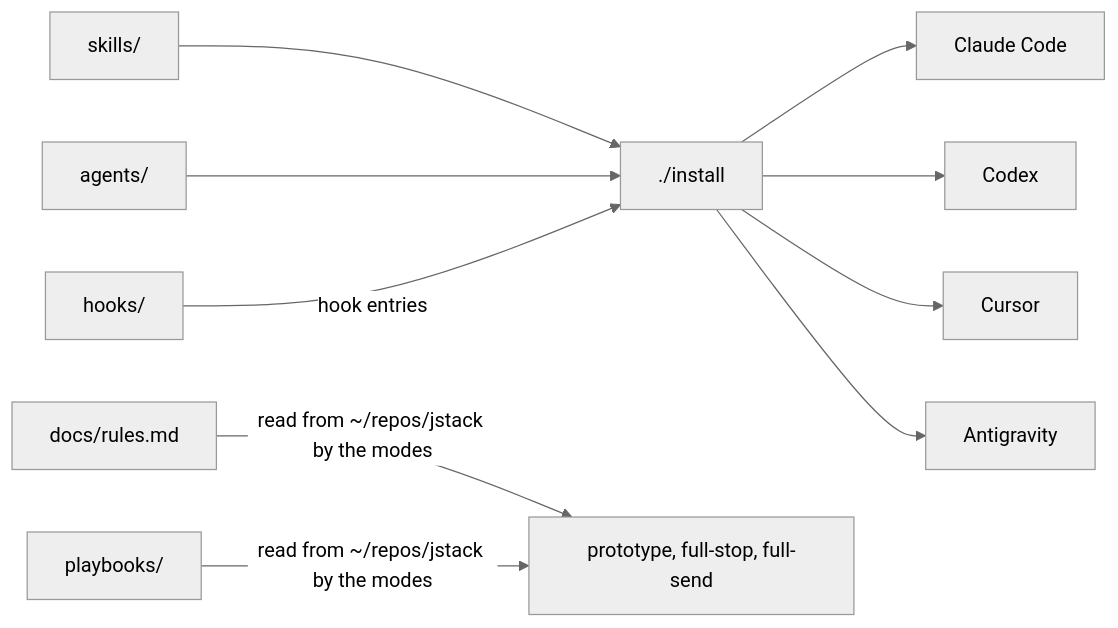
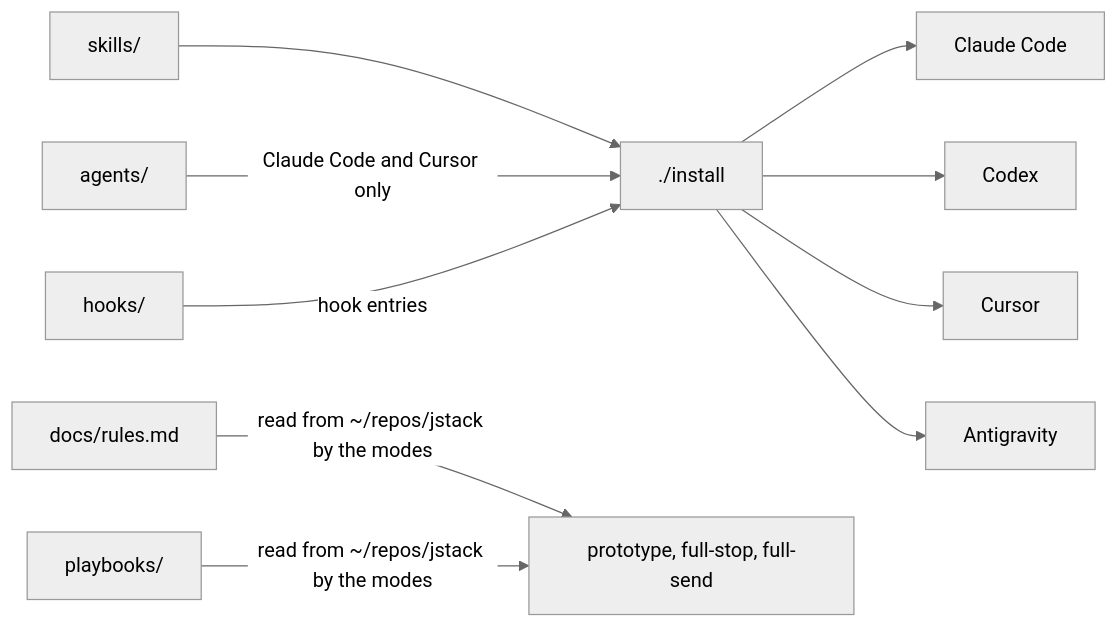
The first of 2 diagrams in wiki/Home.md (JoshuaHayesWasHere/jstack), drawn with Mermaid (neutral theme) before and after one commit. The commit also changed other lines of this file and 5 other files, not shown here.

Commit message:
Wiki diagrams match install, seat fallback and review-loop budget exactly

````diff
--- a/wiki/Home.md
+++ b/wiki/Home.md
@@ -5,12 +5,12 @@
 ```mermaid
 flowchart LR
     skills["skills/"] --> install["./install"]
-    agents["agents/"] --> install
+    agents["agents/"] -->|"Claude Code and Cursor only"| install
     hooks["hooks/"] -->|"hook entries"| install
     install --> claude["Claude Code"]
     install --> codex["Codex"]
     install --> cursor["Cursor"]
     install --> ag["Antigravity"]
     rules["docs/rules.md"] -->|"read from ~/repos/jstack by the modes"| modes["prototype, full-stop, full-send"]
     playbooks["playbooks/"] -->|"read from ~/repos/jstack by the modes"| modes
 ```
````
